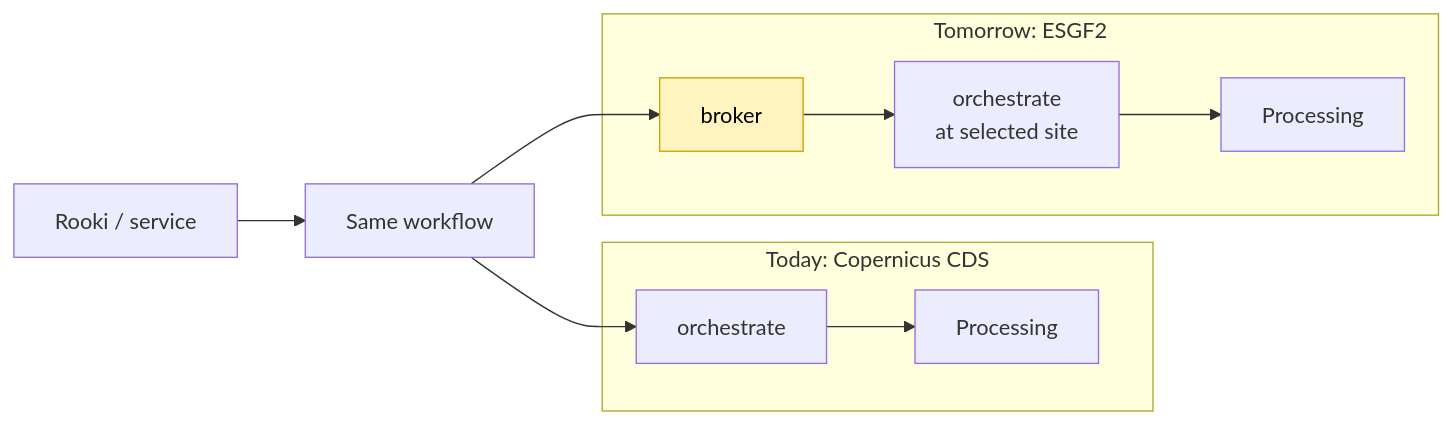
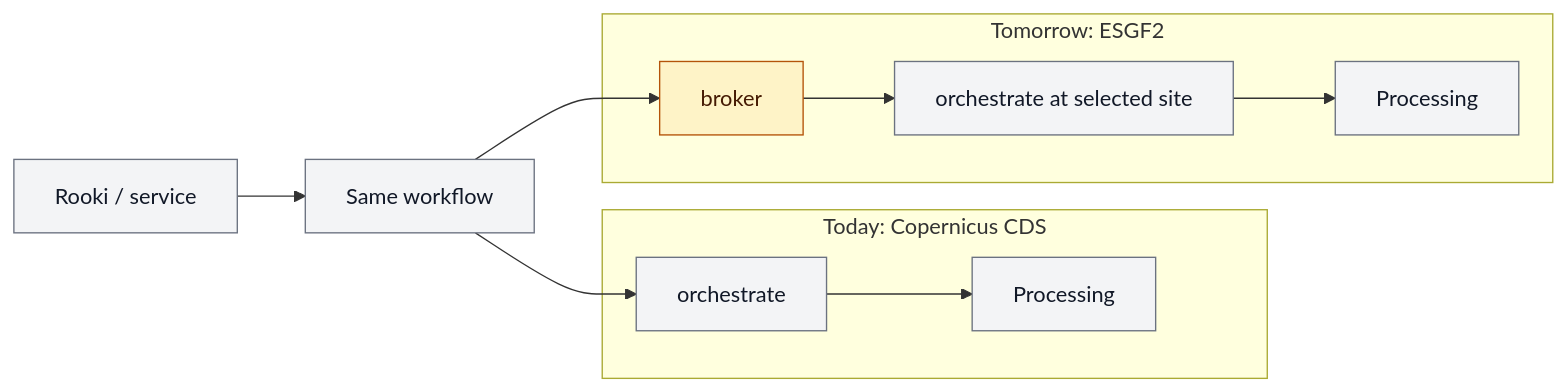
One commit to roocs/rook changed the seventh of 11 diagrams in Rook_WPS_ESGF2_talk_draft.md. Above: the diagram before and after it, drawn with Mermaid. The commit also changed other lines of this file and 8 other files, not shown here.

````diff
--- a/Rook_WPS_ESGF2_talk_draft.md
+++ b/Rook_WPS_ESGF2_talk_draft.md
@@ -287,18 +303,20 @@
 ```mermaid
 flowchart LR
     Client["Rooki / service"] --> Workflow["Same workflow"]
 
     subgraph CDS["Today: Copernicus CDS"]
         OrchestrateCDS["orchestrate"] --> ProcessingCDS["Processing"]
     end
 
     subgraph ESGF["Tomorrow: ESGF2"]
-        Broker["broker"] --> OrchestrateESGF["orchestrate<br/>at selected site"]
+        Broker["broker"] --> OrchestrateESGF["orchestrate at selected site"]
         OrchestrateESGF --> ProcessingESGF["Processing"]
     end
 
     Workflow --> OrchestrateCDS
     Workflow --> Broker
 
-    style Broker fill:#fff3bf,stroke:#d69e00,color:#000
+    classDef default fill:#f3f4f6,stroke:#6b7280,color:#111827
+    classDef new fill:#fef3c7,stroke:#b45309,color:#451a03
+    class Broker new
 ```
````
